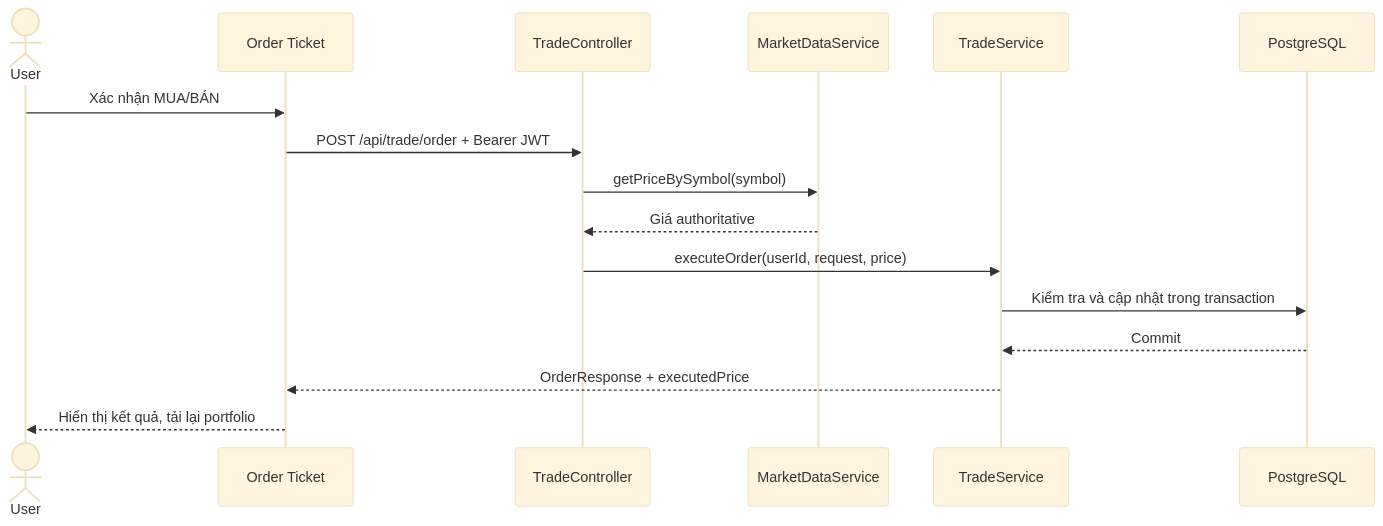
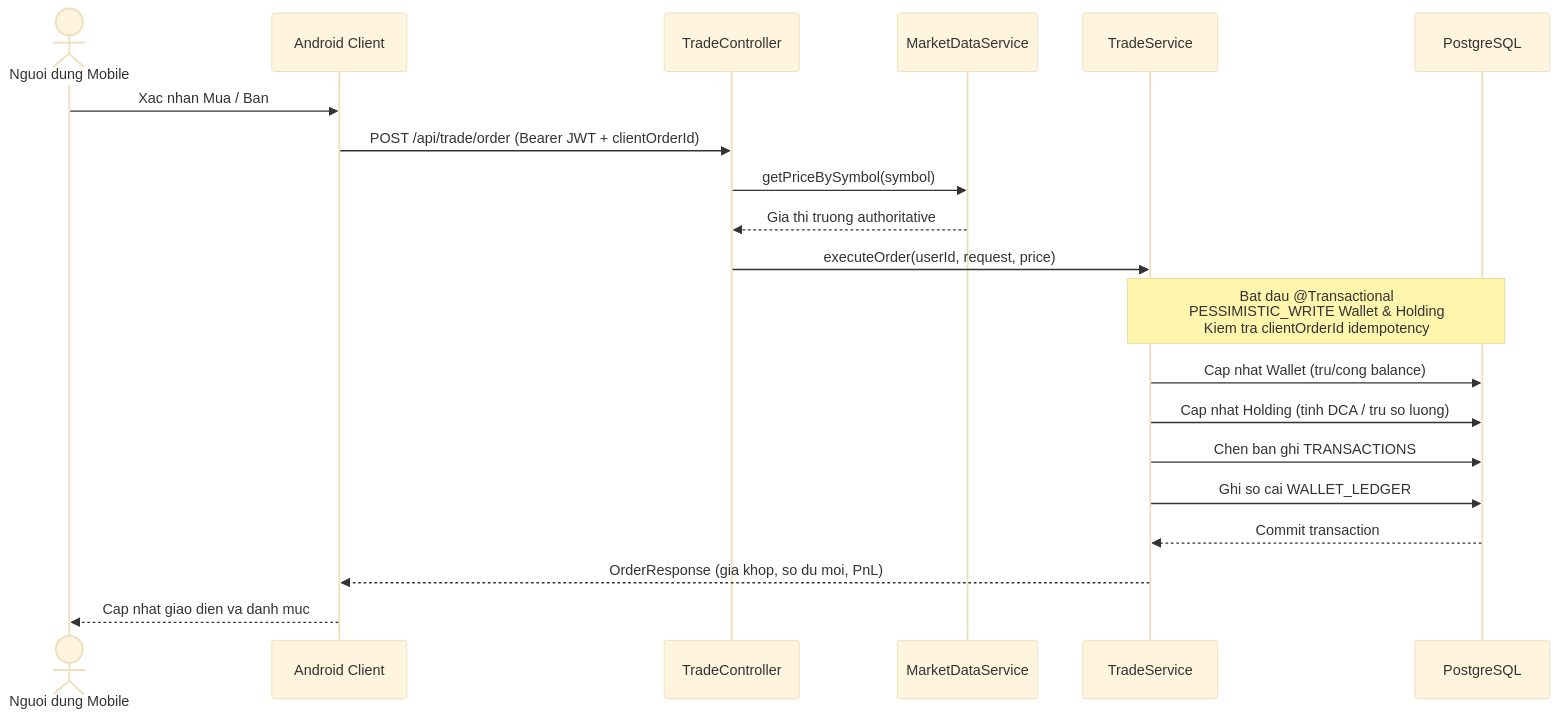
One commit to megatron69-26/fnmf-backend changed the second of 2 diagrams in docs/codebase-walkthrough/README.md. Above: the diagram before and after it, drawn with Mermaid (base theme). The commit also changed other lines of this file and 20 other files, not shown here.

````diff
--- a/docs/codebase-walkthrough/README.md
+++ b/docs/codebase-walkthrough/README.md
@@ -163,19 +110,23 @@
 ```mermaid
 sequenceDiagram
-    actor User
-    participant App as Order Ticket
+    actor User as Nguoi dung Mobile
+    participant App as Android Client
     participant API as TradeController
     participant Market as MarketDataService
     participant Service as TradeService
     participant DB as PostgreSQL
 
-    User->>App: Xác nhận MUA/BÁN
-    App->>API: POST /api/trade/order + Bearer JWT
+    User->>App: Xac nhan Mua / Ban
+    App->>API: POST /api/trade/order (Bearer JWT + clientOrderId)
     API->>Market: getPriceBySymbol(symbol)
-    Market-->>API: Giá authoritative
+    Market-->>API: Gia thi truong authoritative
     API->>Service: executeOrder(userId, request, price)
-    Service->>DB: Kiểm tra và cập nhật trong transaction
-    DB-->>Service: Commit
-    Service-->>App: OrderResponse + executedPrice
-    App-->>User: Hiển thị kết quả, tải lại portfolio
+    Note over Service,DB: Bat dau @Transactional<br/>PESSIMISTIC_WRITE Wallet & Holding<br/>Kiem tra clientOrderId idempotency
+    Service->>DB: Cap nhat Wallet (tru/cong balance)
+    Service->>DB: Cap nhat Holding (tinh DCA / tru so luong)
+    Service->>DB: Chen ban ghi TRANSACTIONS
+    Service->>DB: Ghi so cai WALLET_LEDGER
+    DB-->>Service: Commit transaction
+    Service-->>App: OrderResponse (gia khop, so du moi, PnL)
+    App-->>User: Cap nhat giao dien va danh muc
 ```
````
